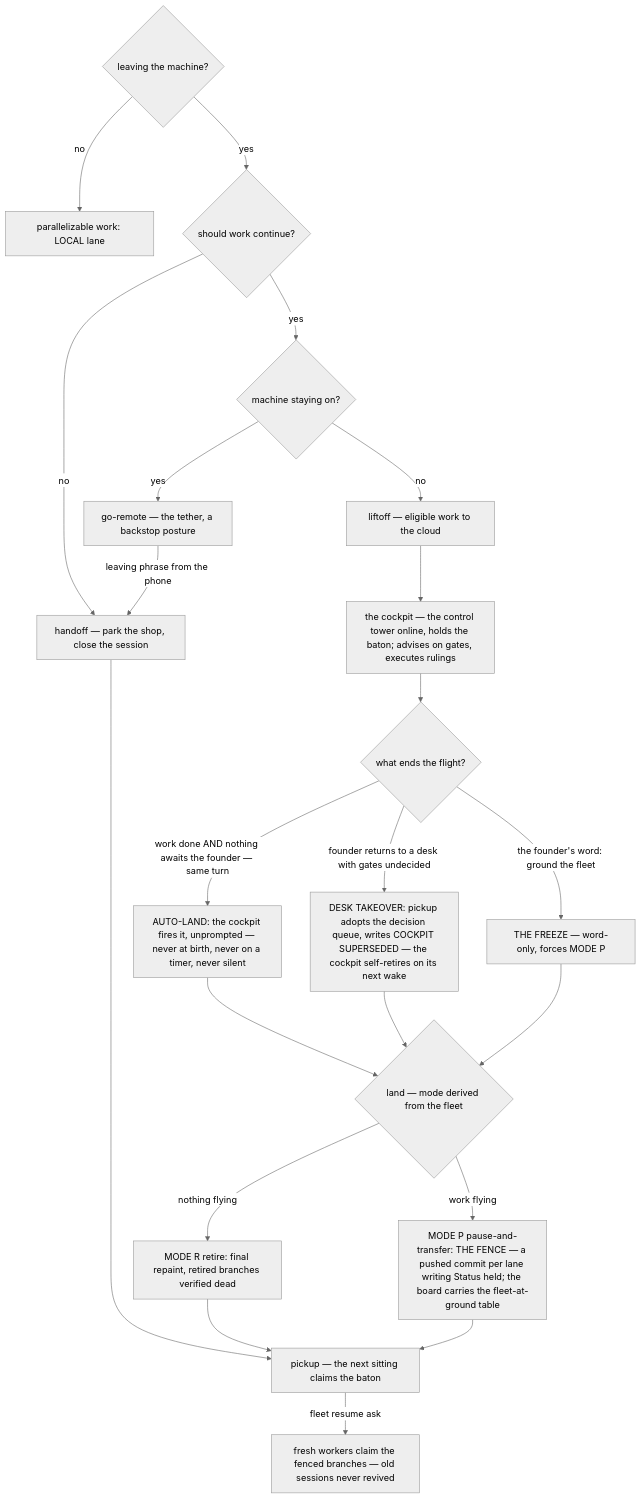
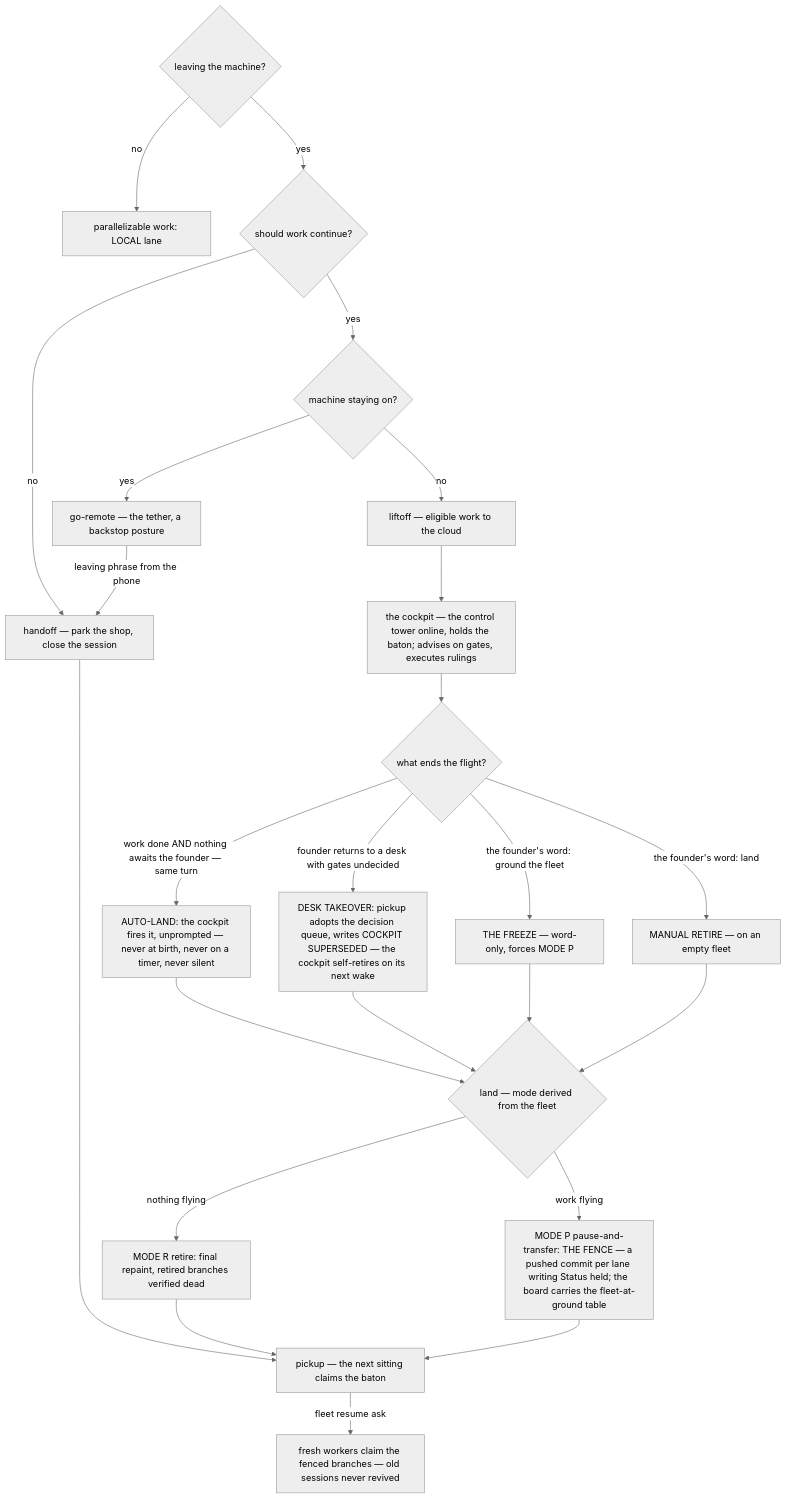
The third of 6 diagrams in docs/ATLAS.md (wsher0901/roam), drawn with Mermaid (neutral theme) before and after one commit. The commit also changed other lines of this file and 9 other files, not shown here.

````diff
--- a/docs/ATLAS.md
+++ b/docs/ATLAS.md
@@ -94,24 +95,26 @@
 ```mermaid
 flowchart TD
   A{"leaving the machine?"} -->|no| LL["parallelizable work: LOCAL lane"]
   A -->|yes| B{"should work continue?"}
   B -->|no| H["handoff — park the shop, close the session"]
   B -->|yes| C{"machine staying on?"}
   C -->|yes| G["go-remote — the tether, a backstop posture"]
   C -->|no| F["liftoff — eligible work to the cloud"]
   F --> CP["the cockpit — the control tower online, holds the baton; advises on gates, executes rulings"]
   CP --> T{"what ends the flight?"}
   T -->|"work done AND nothing awaits the founder — same turn"| AL["AUTO-LAND: the cockpit fires it, unprompted — never at birth, never on a timer, never silent"]
   T -->|"founder returns to a desk with gates undecided"| SUP["DESK TAKEOVER: pickup adopts the decision queue, writes COCKPIT SUPERSEDED — the cockpit self-retires on its next wake"]
   T -->|"the founder's word: ground the fleet"| FR["THE FREEZE — word-only, forces MODE P"]
+  T -->|"the founder's word: land"| MR["MANUAL RETIRE — on an empty fleet"]
   AL --> LA{"land — mode derived from the fleet"}
   SUP --> LA
   FR --> LA
+  MR --> LA
   LA -->|"nothing flying"| R["MODE R retire: final repaint, retired branches verified dead"]
   LA -->|"work flying"| PP["MODE P pause-and-transfer: THE FENCE — a pushed commit per lane writing Status held; the board carries the fleet-at-ground table"]
   R --> PU["pickup — the next sitting claims the baton"]
   PP --> PU
   H --> PU
   G -->|"leaving phrase from the phone"| H
   PU -->|"fleet resume ask"| RES["fresh workers claim the fenced branches — old sessions never revived"]
 ```
````
